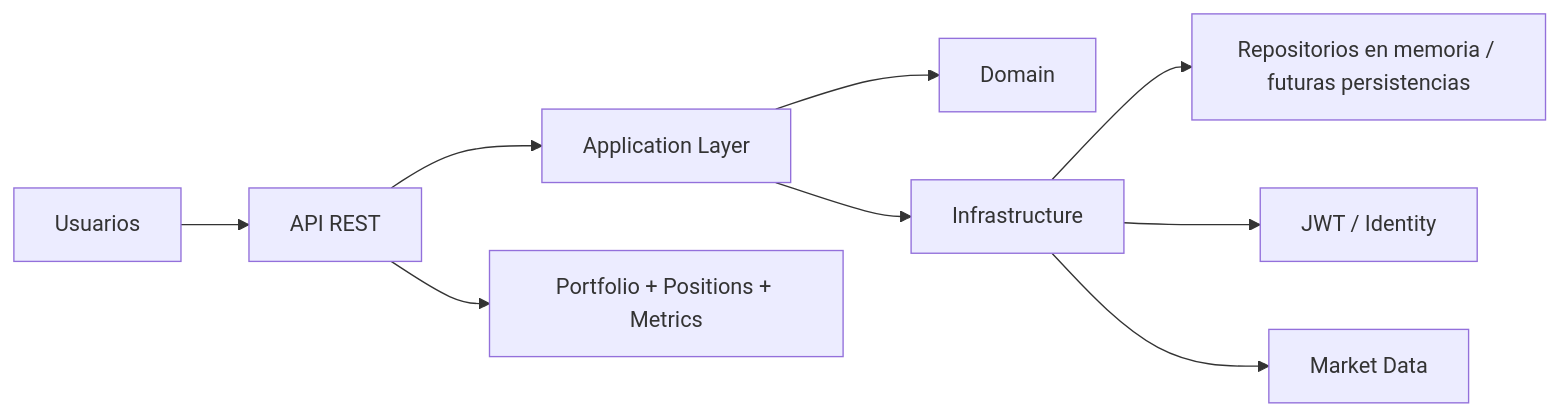
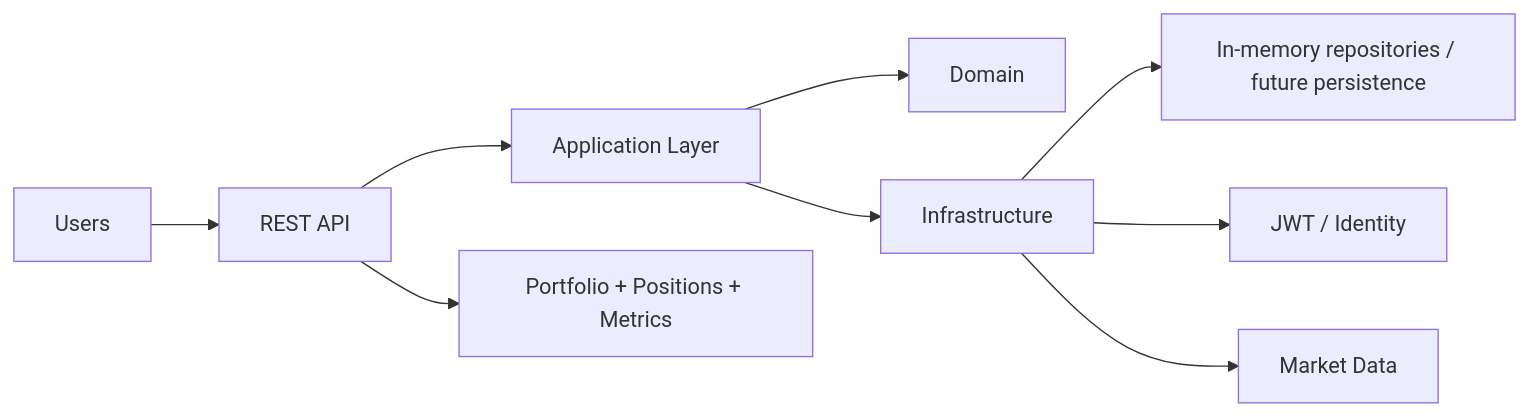
The diagram in README.md (Agustin-Garcia-Pais-Argentina/Backtesting-API), drawn with Mermaid before and after one commit. The commit also changed other lines of this file and 3 other files, not shown here.

````diff
--- a/README.md
+++ b/README.md
@@ -11,11 +11,11 @@
 ```mermaid
 flowchart LR
-    A[Usuarios] --> B[API REST]
+    A[Users] --> B[REST API]
     B --> C[Application Layer]
     C --> D[Domain]
     C --> E[Infrastructure]
-    E --> F[Repositorios en memoria / futuras persistencias]
+    E --> F[In-memory repositories / future persistence]
     E --> G[JWT / Identity]
     E --> H[Market Data]
     B --> I[Portfolio + Positions + Metrics]
 ```
````
